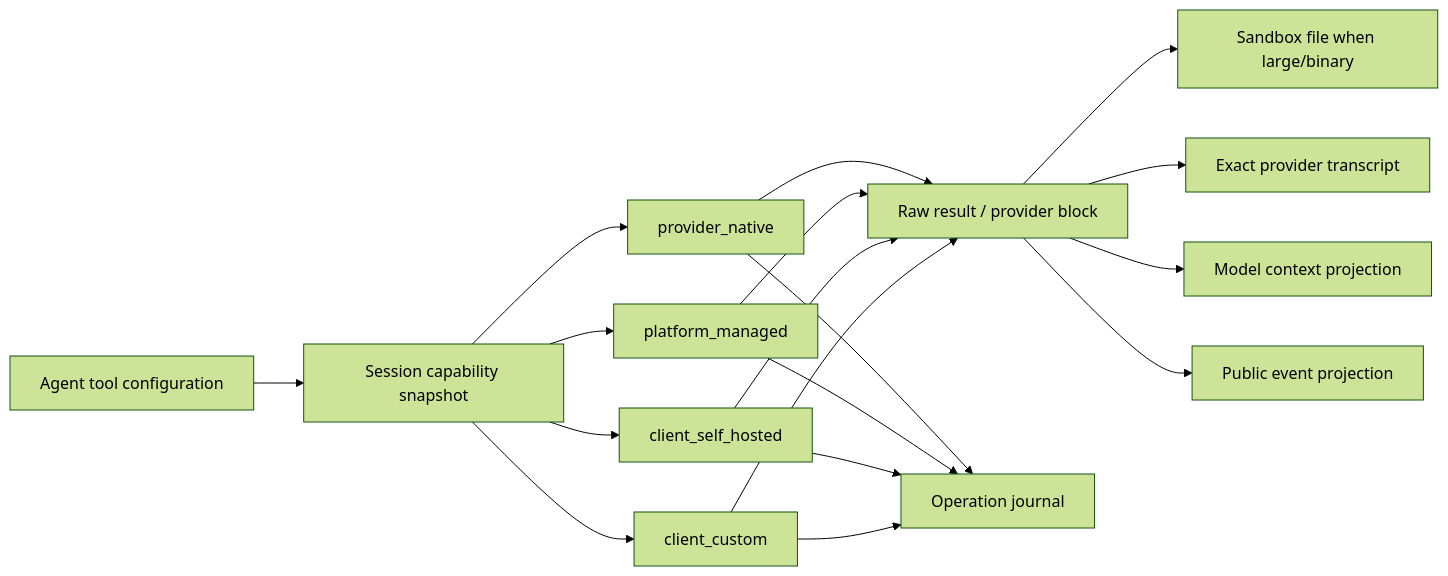
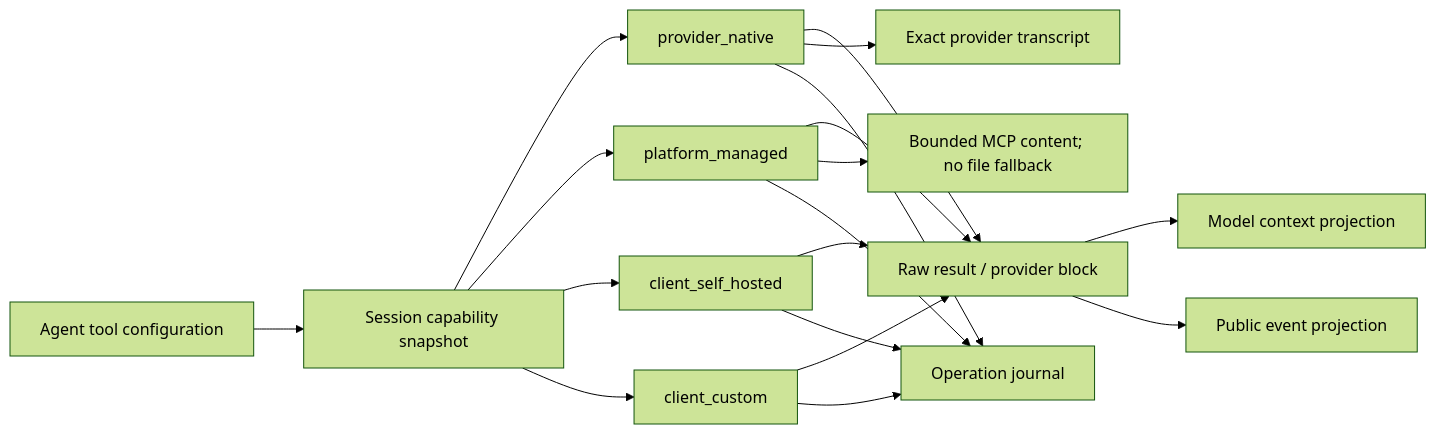
One commit to yanpgwang/mango changed the diagram in docs/architecture/storage-context-and-tools.md. Above: the diagram before and after it, drawn with Mermaid (forest theme). The commit also changed other lines of this file and 64 other files, not shown here.

````diff
--- a/docs/architecture/storage-context-and-tools.md
+++ b/docs/architecture/storage-context-and-tools.md
@@ -214,20 +216,20 @@
 ```mermaid
 flowchart LR
   Config["Agent tool configuration"] --> Resolve["Session capability snapshot"]
   Resolve --> Native["provider_native"]
   Resolve --> Managed["platform_managed"]
   Resolve --> Worker["client_self_hosted"]
   Resolve --> Client["client_custom"]
   Native --> Raw["Raw result / provider block"]
   Managed --> Raw
   Worker --> Raw
   Client --> Raw
-  Raw --> Sandbox["Sandbox file when large/binary"]
-  Raw --> Transcript["Exact provider transcript"]
+  Native --> Transcript["Exact provider transcript"]
+  Managed --> Bounded["Bounded MCP content; no file fallback"]
   Raw --> Context["Model context projection"]
   Raw --> Public["Public event projection"]
   Native --> Journal["Operation journal"]
   Managed --> Journal
   Worker --> Journal
   Client --> Journal
 ```
````
